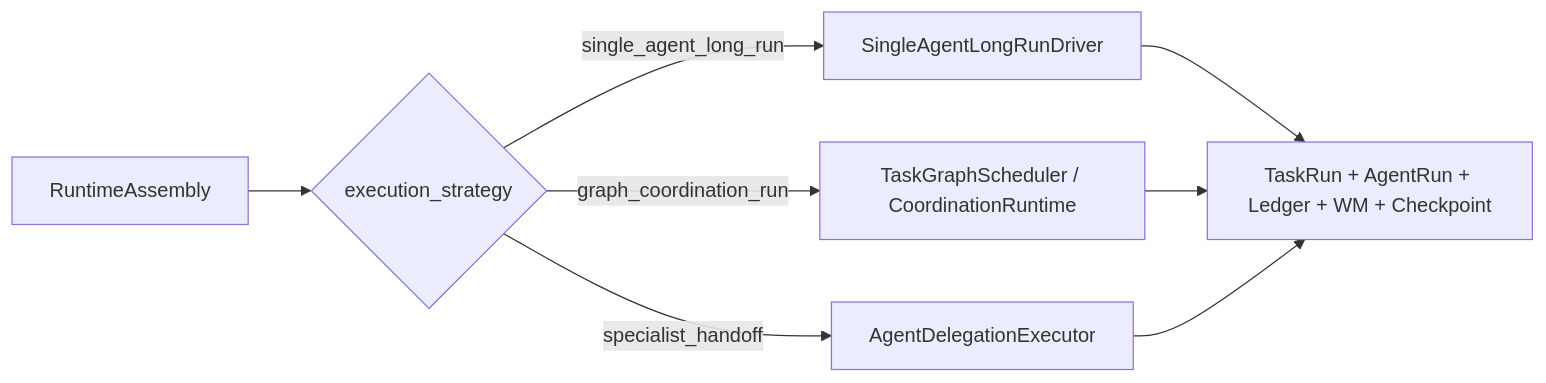
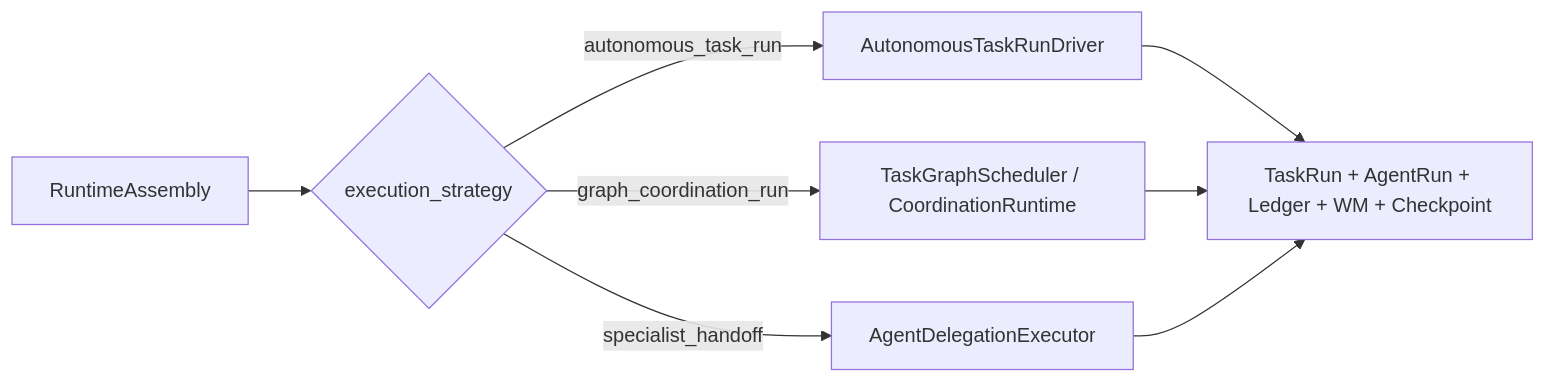
Before and after one commit to wei-boundless/Mythical-Age: the second of 2 diagrams in docs/系统规划/182-主Agent无图长任务与任务图统一运行底座方案-20260520.md, drawn with Mermaid. The commit also changed other lines of this file and 95 other files, not shown here.

````diff
--- a/docs/系统规划/182-主Agent无图长任务与任务图统一运行底座方案-20260520.md
+++ b/docs/系统规划/182-主Agent无图长任务与任务图统一运行底座方案-20260520.md
@@ -158,10 +162,10 @@
 ```mermaid
 flowchart LR
     A["RuntimeAssembly"] --> B{"execution_strategy"}
-    B -->|single_agent_long_run| C["SingleAgentLongRunDriver"]
+    B -->|autonomous_task_run| C["AutonomousTaskRunDriver"]
     B -->|graph_coordination_run| D["TaskGraphScheduler / CoordinationRuntime"]
     B -->|specialist_handoff| E["AgentDelegationExecutor"]
     C --> F["TaskRun + AgentRun + Ledger + WM + Checkpoint"]
     D --> F
     E --> F
 ```
````
